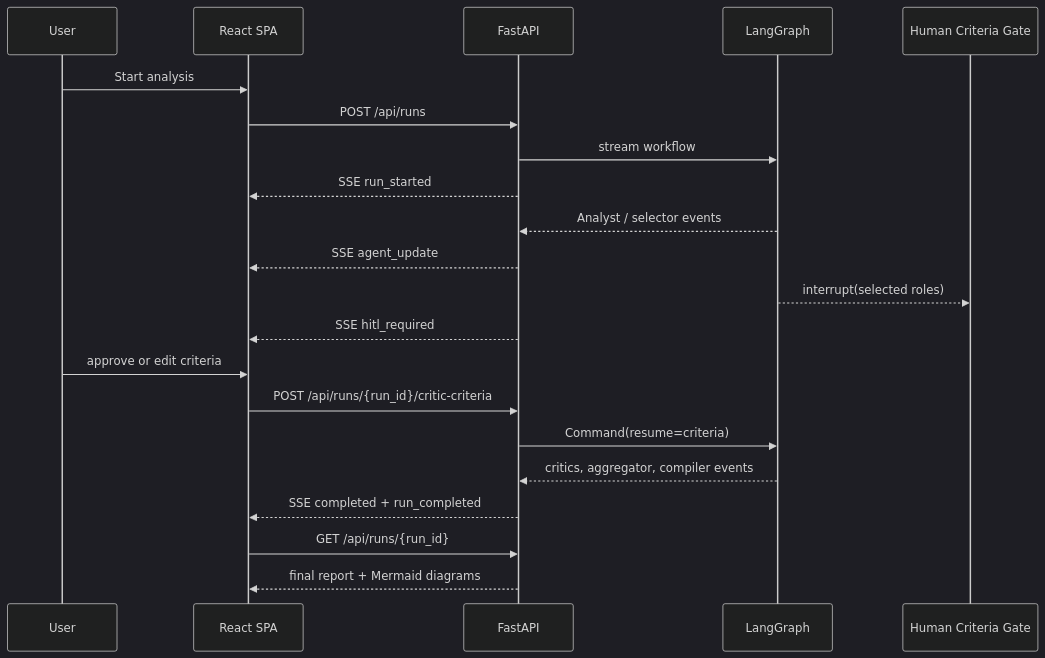
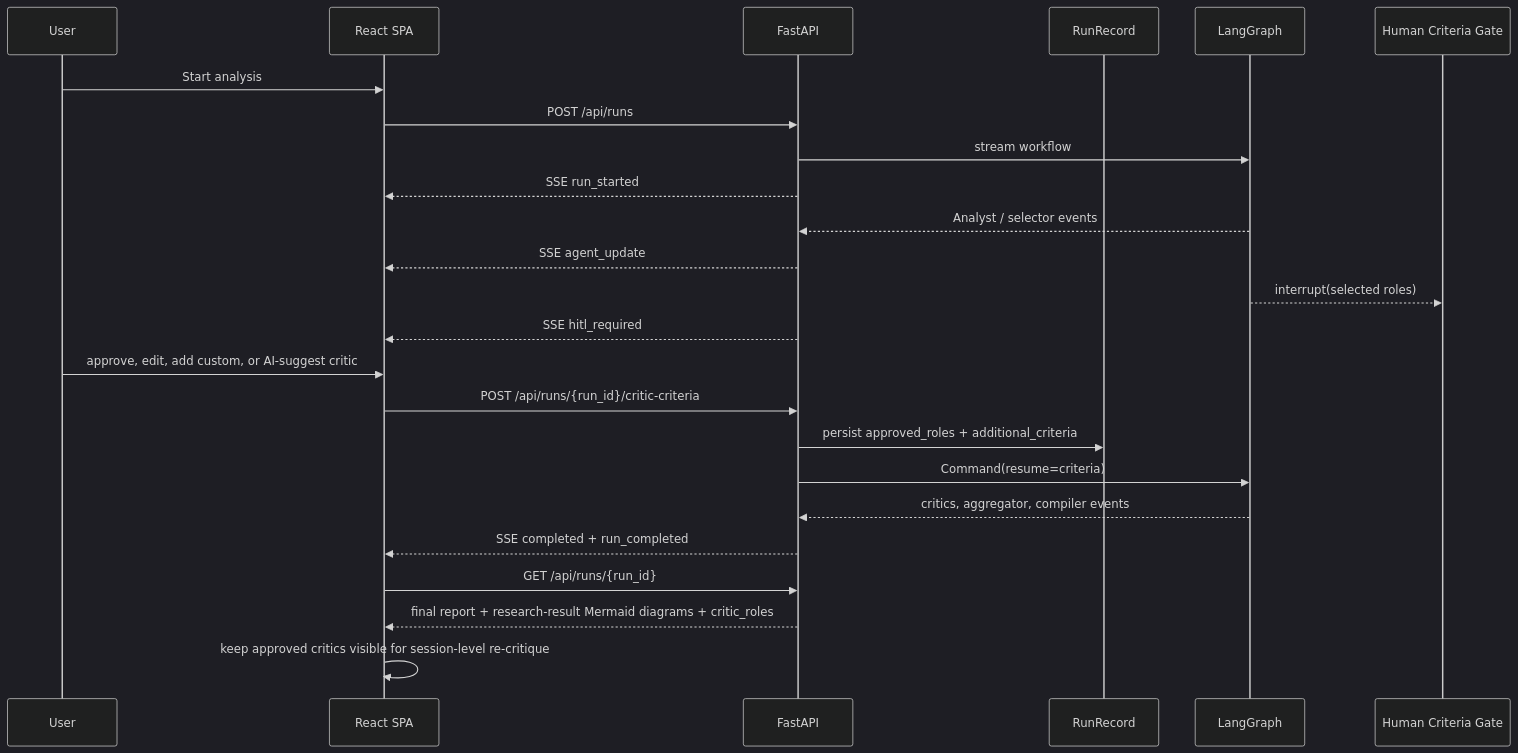
One commit to Turkevich91/multi-agent-systems-robotdreams changed the fifth of 7 diagrams in course-project-market-analyst/uml_diagrams/COURSE_PROJECT_MARKET_ANALYST_MERMAID.md. Above: the diagram before and after it, drawn with Mermaid (dark theme). The commit also changed other lines of this file and 8 other files, not shown here.

Commit message:
Align course project diagrams with runtime logic

````diff
--- a/course-project-market-analyst/uml_diagrams/COURSE_PROJECT_MARKET_ANALYST_MERMAID.md
+++ b/course-project-market-analyst/uml_diagrams/COURSE_PROJECT_MARKET_ANALYST_MERMAID.md
@@ -91,24 +89,27 @@
 ```mermaid
 sequenceDiagram
     participant User
     participant SPA as React SPA
     participant API as FastAPI
+    participant Store as RunRecord
     participant Graph as LangGraph
     participant Human as Human Criteria Gate
 
     User->>SPA: Start analysis
     SPA->>API: POST /api/runs
     API->>Graph: stream workflow
     API-->>SPA: SSE run_started
     Graph-->>API: Analyst / selector events
     API-->>SPA: SSE agent_update
     Graph-->>Human: interrupt(selected roles)
     API-->>SPA: SSE hitl_required
-    User->>SPA: approve or edit criteria
+    User->>SPA: approve, edit, add custom, or AI-suggest critic
     SPA->>API: POST /api/runs/{run_id}/critic-criteria
+    API->>Store: persist approved_roles + additional_criteria
     API->>Graph: Command(resume=criteria)
     Graph-->>API: critics, aggregator, compiler events
     API-->>SPA: SSE completed + run_completed
     SPA->>API: GET /api/runs/{run_id}
-    API-->>SPA: final report + Mermaid diagrams
+    API-->>SPA: final report + research-result Mermaid diagrams + critic_roles
+    SPA->>SPA: keep approved critics visible for session-level re-critique
 ```
````
